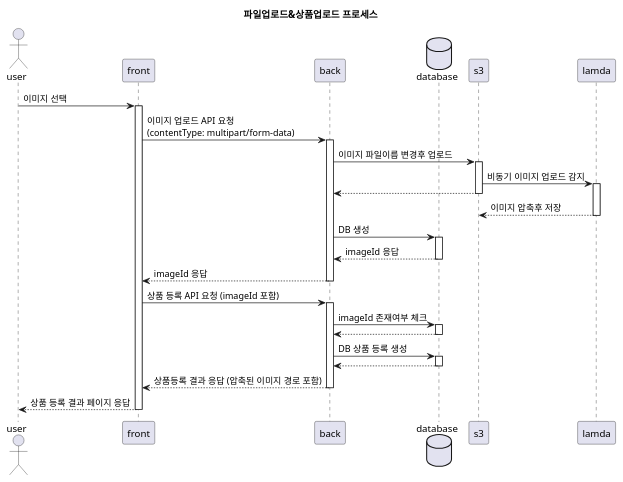
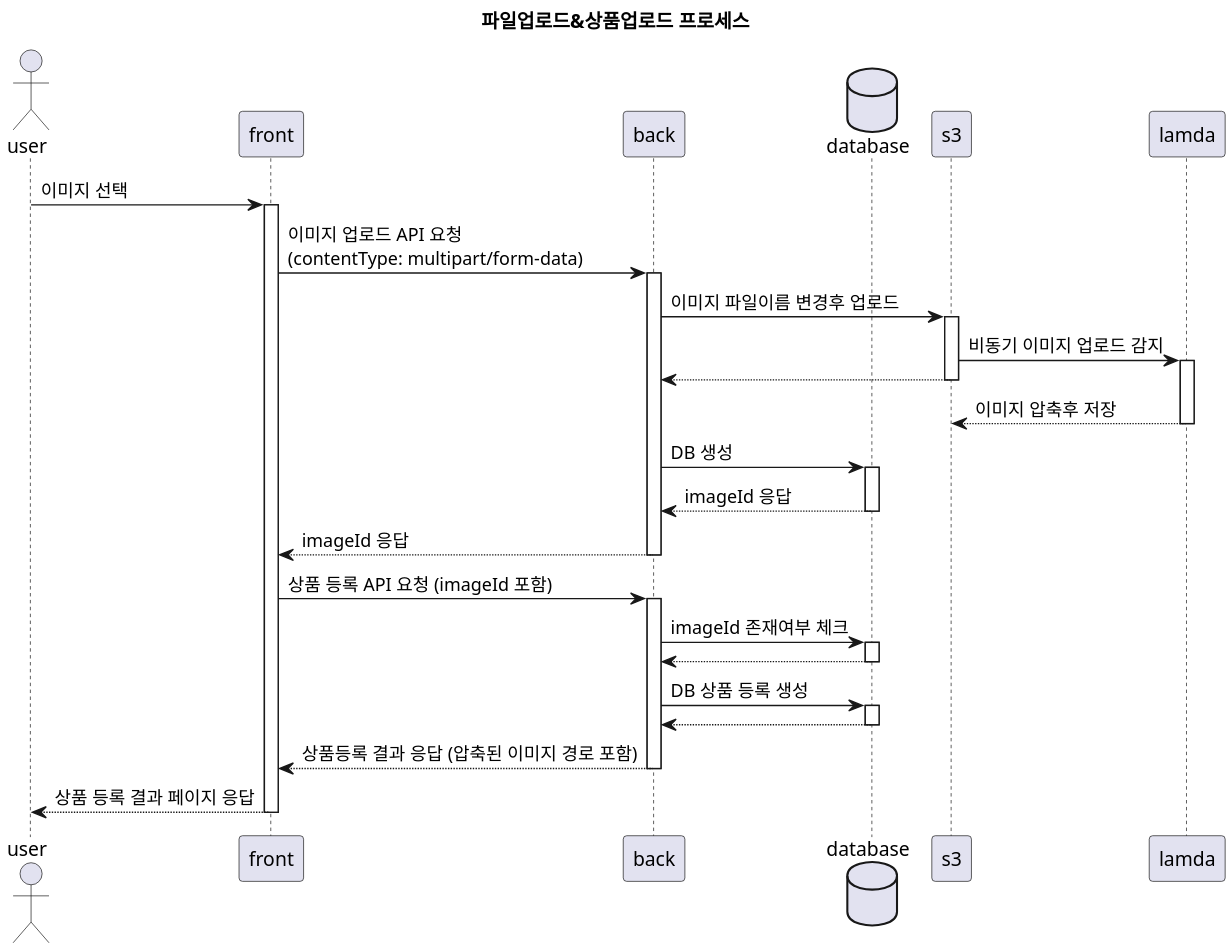
One commit to AuctionProject2022/plantuml changed the diagram in sequence/file-upload.plantuml. Above: the diagram before and after it, drawn with PlantUML.

Commit message:
modify file upload

```diff
--- a/sequence/file-upload.plantuml
+++ b/sequence/file-upload.plantuml
@@ -1,62 +1,62 @@
-@startuml file upload and create product
+@startuml file-upload-and-create-product
 skinparam defaultFontName D2Coding
 
-scale 1
+scale 2
 title 파일업로드&상품업로드 프로세스
 
 actor user
 participant front
 participant back
 database database
 participant s3
 participant lamda
 
 user -> front : 이미지 선택
 activate front
 
 front -> back : 이미지 업로드 API 요청 \n(contentType: multipart/form-data)
 activate back
 
 back -> s3 : 이미지 파일이름 변경후 업로드
 activate s3
 
 s3 -> lamda : 비동기 이미지 업로드 감지 
 activate lamda
 
 s3 --> back
 deactivate s3
 
 lamda --> s3 : 이미지 압축후 저장
 deactivate lamda
 
 back -> database : DB 생성
 activate database
 
 database --> back : imageId 응답
 deactivate database
 
 back --> front : imageId 응답
 deactivate back
 
 front -> back : 상품 등록 API 요청 (imageId 포함)
 activate back
 
 back -> database : imageId 존재여부 체크
 activate database
 
 database --> back
 deactivate database
 
 back -> database : DB 상품 등록 생성
 activate database
 
 database --> back
 deactivate database
 
 back --> front : 상품등록 결과 응답 (압축된 이미지 경로 포함)
 deactivate back
 
 front --> user : 상품 등록 결과 페이지 응답
 deactivate front
 
 @enduml
```
